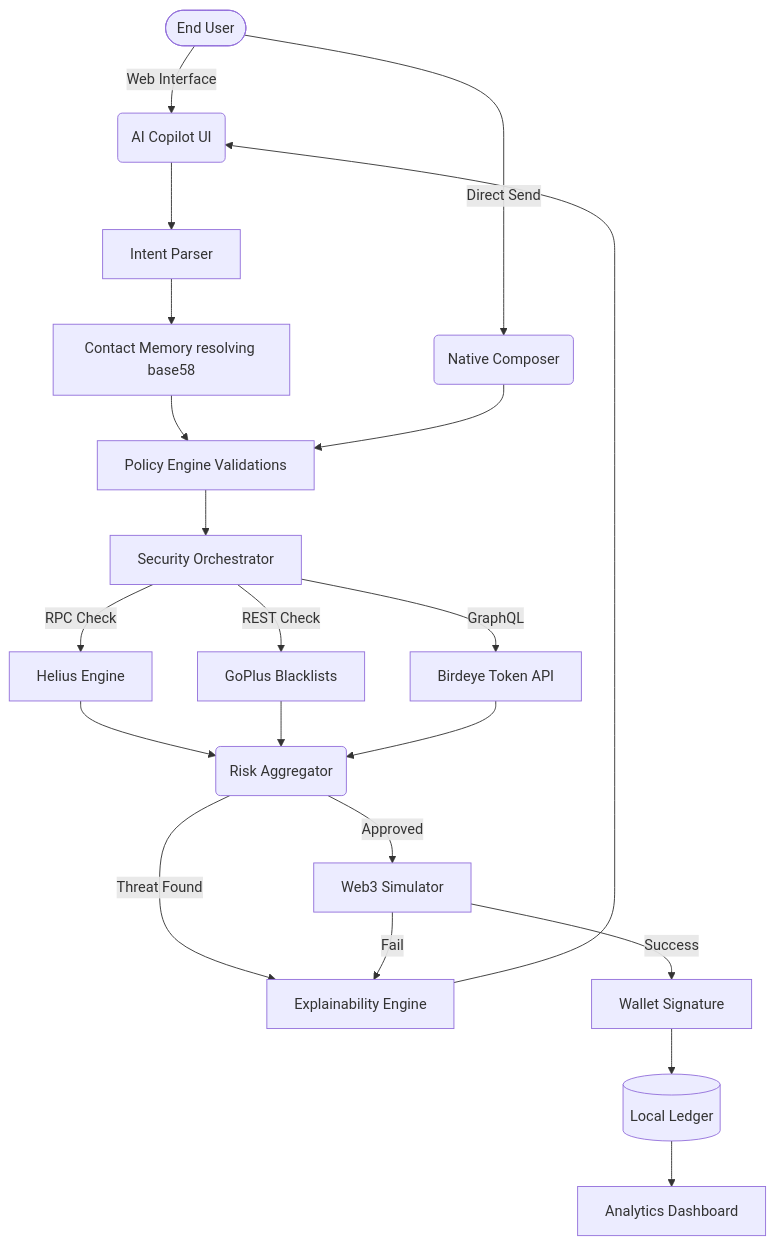
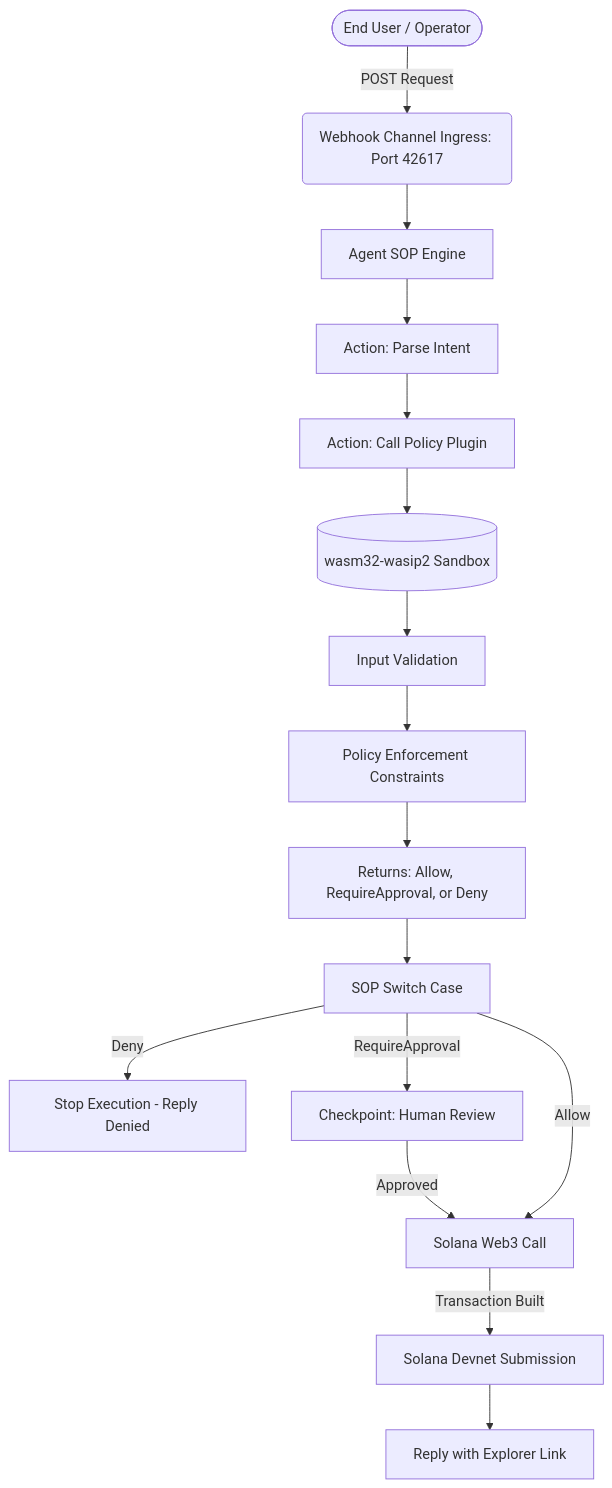
Before and after one commit to YousufAziz1/safespend-ai: the diagram in docs/ARCHITECTURE.md, drawn with Mermaid. The commit also changed other lines of this file and 13 other files, not shown here.

````diff
--- a/docs/ARCHITECTURE.md
+++ b/docs/ARCHITECTURE.md
@@ -6,32 +7,26 @@
 ```mermaid
 graph TD
-    User([End User]) --> |Web Interface| Copilot(AI Copilot UI)
-    User --> |Direct Send| Composer(Native Composer)
+    User([End User / Operator]) --> |POST Request| Webhook(Webhook Channel Ingress: Port 42617)
     
-    Copilot --> Intent[Intent Parser]
-    Intent --> Memory[Contact Memory resolving base58]
-    Memory --> Policy[Policy Engine Validations]
+    Webhook --> SOP[Agent SOP Engine]
     
-    Composer --> Policy
+    SOP --> Intent[Action: Parse Intent]
+    Intent --> Plugin[Action: Call Policy Plugin]
     
-    Policy --> SecEngine[Security Orchestrator]
+    Plugin --> WASM[(wasm32-wasip2 Sandbox)]
     
-    SecEngine --> |RPC Check| Helius[Helius Engine]
-    SecEngine --> |REST Check| GoPlus[GoPlus Blacklists]
-    SecEngine --> |GraphQL| Birdeye[Birdeye Token API]
+    WASM --> CheckValidation[Input Validation]
+    CheckValidation --> CheckPolicy[Policy Enforcement Constraints]
+    CheckPolicy --> VerdictReturn[Returns: Allow, RequireApproval, or Deny]
     
-    Helius --> SecAggregator(Risk Aggregator)
-    GoPlus --> SecAggregator
-    Birdeye --> SecAggregator
+    VerdictReturn --> Switch[SOP Switch Case]
     
-    SecAggregator --> |Threat Found| Explainer[Explainability Engine]
-    Explainer --> Copilot
+    Switch --> |Deny| Halt[Stop Execution - Reply Denied]
+    Switch --> |RequireApproval| Checkpoint[Checkpoint: Human Review]
     
-    SecAggregator --> |Approved| Simulator[Web3 Simulator]
+    Checkpoint --> |Approved| Executor[Solana Web3 Call]
+    Switch --> |Allow| Executor
     
-    Simulator --> |Success| Phantom[Wallet Signature]
-    Simulator --> |Fail| Explainer
-    
-    Phantom --> Ledger[(Local Ledger)]
-    Ledger --> Analytics[Analytics Dashboard]
+    Executor --> |Transaction Built| Devnet[Solana Devnet Submission]
+    Devnet --> Finish[Reply with Explorer Link]
 ```
````
